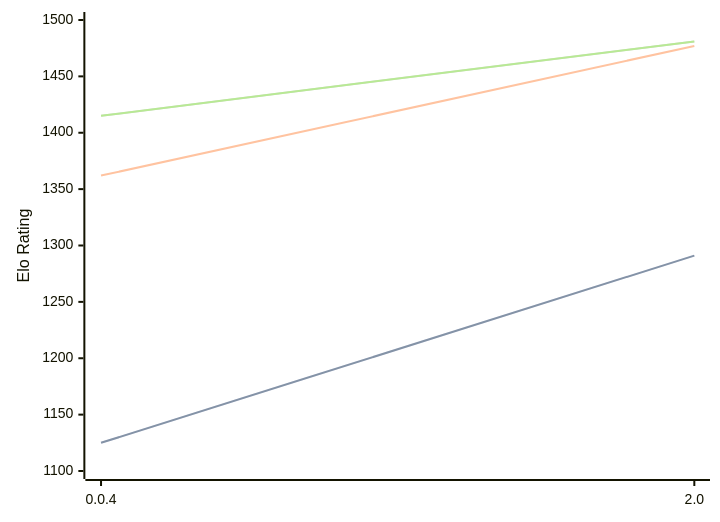
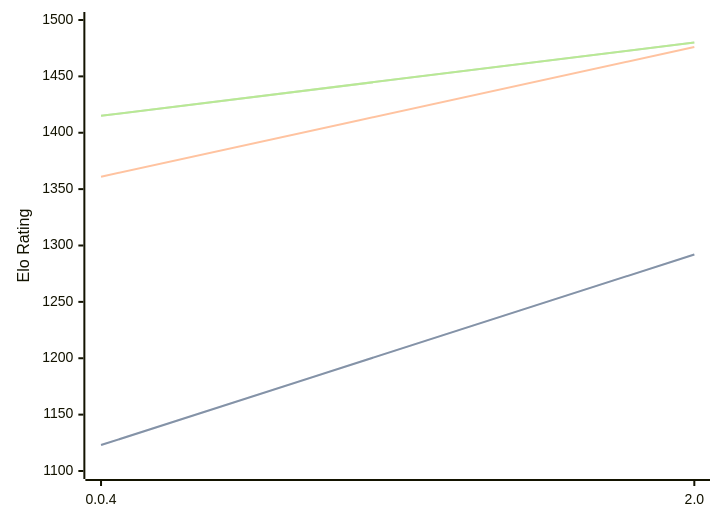
Before and after one commit to computer-chess-index/cci: the diagram in engines/Oops!Mate.md, drawn with Mermaid. The commit also changed other lines of this file, not shown here.

Commit message:
Update CCI Ratings (ELO VLTC) - 2026-04-21

````diff
--- a/engines/Oops!Mate.md
+++ b/engines/Oops!Mate.md
@@ -51,11 +51,11 @@
 ```mermaid
 %%{init: {"theme":"base","themeVariables":{"seriesColors:['#a3a3a3','#222221','#faa371']}}}%%
 xychart-beta
   x-axis ["0.0.4", "2.0"]
   y-axis "Elo Rating" 1100 --> 1500
-  line "STC (8.0+0.08s)" [1125, 1291]
-  line "STC (8.0+0.08s)" [1125, 1291]
-  line "LTC (60.0+0.60s)" [1362, 1477]
-  line "VLTC (2m24s+1.12s)" [1415, 1481]
-  line "VLTC (2m24s+1.12s)" [1415, 1481]
+  line "STC (8.0+0.08s)" [1123, 1292]
+  line "STC (8.0+0.08s)" [1123, 1292]
+  line "LTC (60.0+0.60s)" [1361, 1476]
+  line "VLTC (2m24s+1.12s)" [1415, 1480]
+  line "VLTC (2m24s+1.12s)" [1415, 1480]
 ```
````
